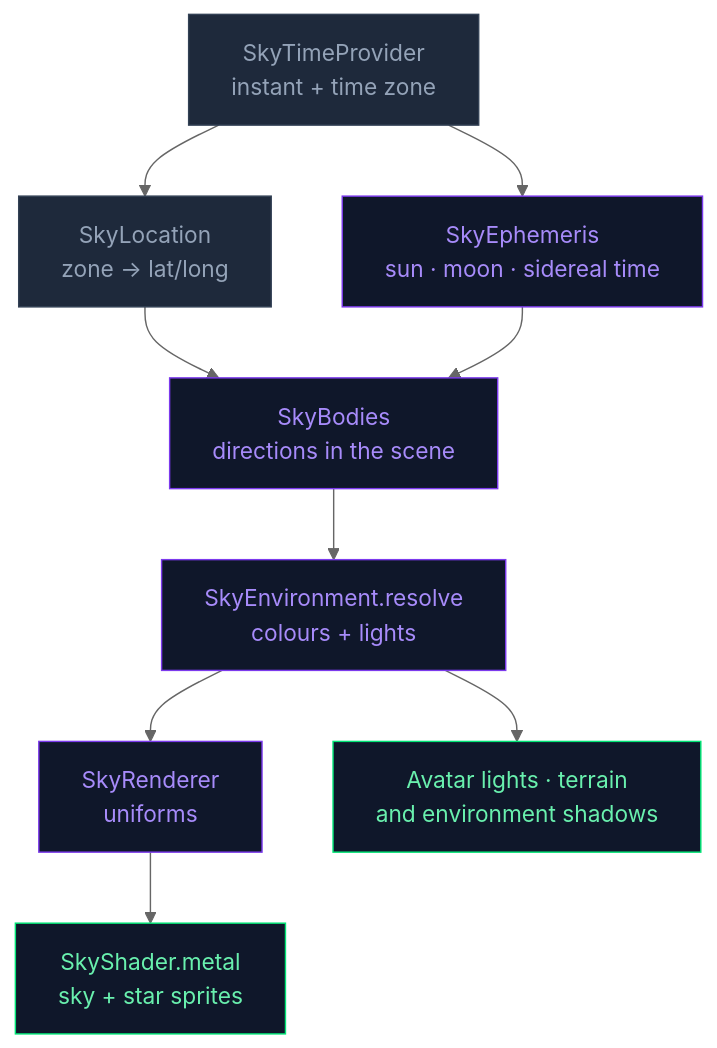
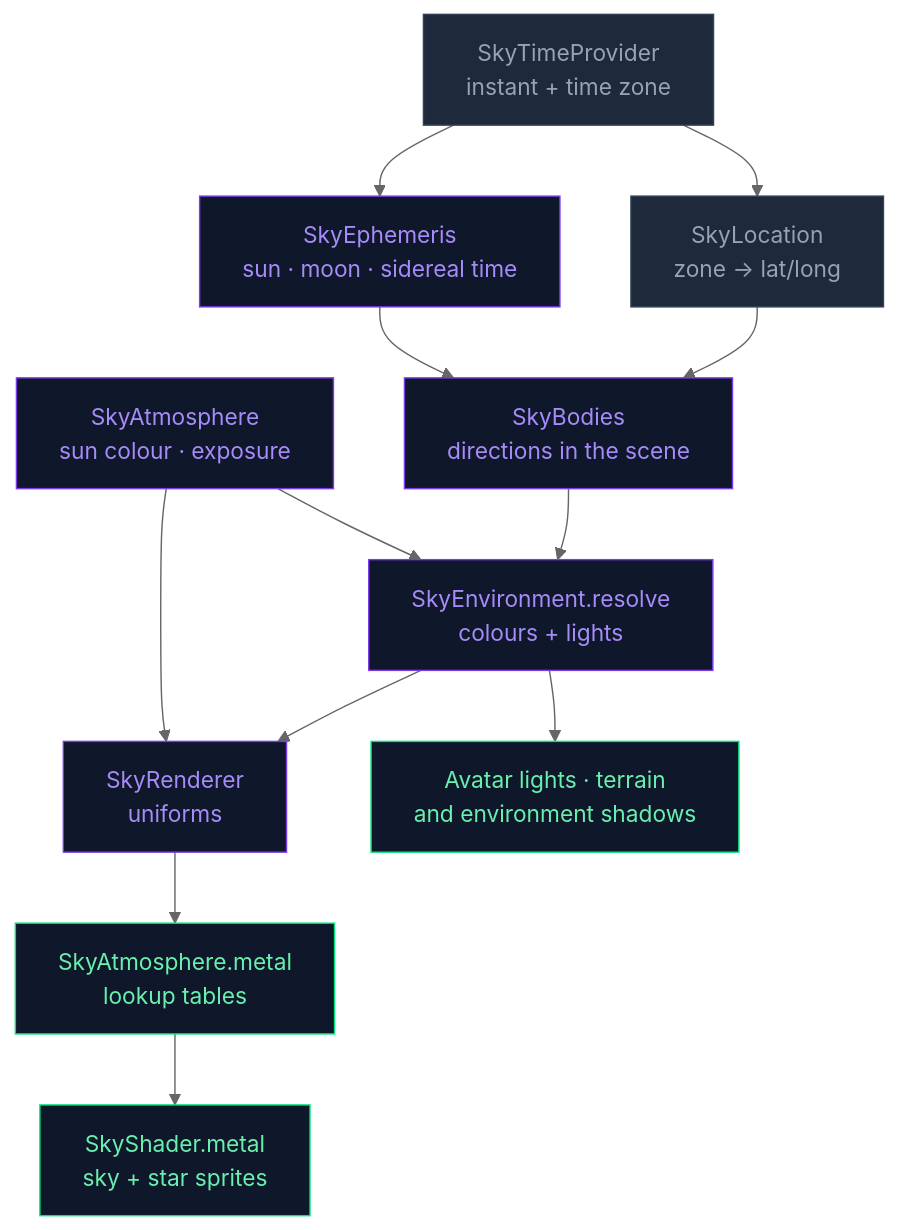
One commit to kevinliddel/NeuraLink changed the diagram in docs/Sky_System.md. Above: the diagram before and after it, drawn with Mermaid (neutral theme). The commit also changed other lines of this file and 28 other files, not shown here.

Commit message:
feat: implement Hillaire sky and atmosphere rendering model with Metal shaders

````diff
--- a/docs/Sky_System.md
+++ b/docs/Sky_System.md
@@ -86,23 +89,27 @@
 ```mermaid
 graph TD
     Clock["SkyTimeProvider<br/>instant + time zone"]
     Place["SkyLocation<br/>zone → lat/long"]
     Ephemeris["SkyEphemeris<br/>sun · moon · sidereal time"]
     Bodies["SkyBodies<br/>directions in the scene"]
+    Air["SkyAtmosphere<br/>sun colour · exposure"]
     Palette["SkyEnvironment.resolve<br/>colours + lights"]
     Renderer["SkyRenderer<br/>uniforms"]
+    Tables["SkyAtmosphere.metal<br/>lookup tables"]
     GPU["SkyShader.metal<br/>sky + star sprites"]
     Lights["Avatar lights · terrain<br/>and environment shadows"]
 
     Clock --> Place --> Bodies
     Clock --> Ephemeris --> Bodies
-    Bodies --> Palette --> Renderer --> GPU
+    Bodies --> Palette --> Renderer --> Tables --> GPU
+    Air --> Palette
+    Air --> Renderer
     Palette --> Lights
 
     classDef source fill:#1e293b,stroke:#334155,color:#94a3b8
     classDef logic fill:#0f172a,stroke:#7c3aed,color:#a78bfa
     classDef gpu fill:#0f172a,stroke:#00e676,color:#69f0ae
     class Clock,Place source
-    class Ephemeris,Bodies,Palette,Renderer logic
-    class GPU,Lights gpu
+    class Ephemeris,Bodies,Air,Palette,Renderer logic
+    class Tables,GPU,Lights gpu
 ```
````
